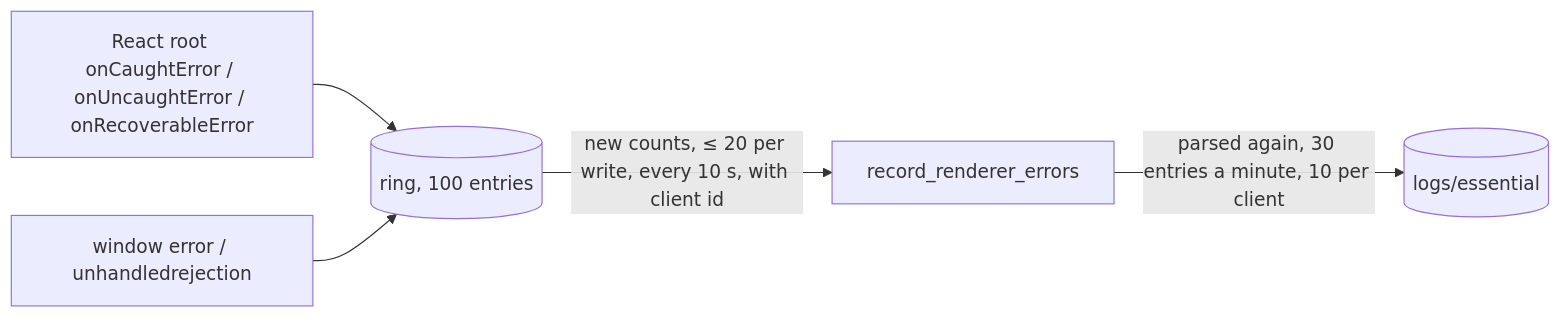
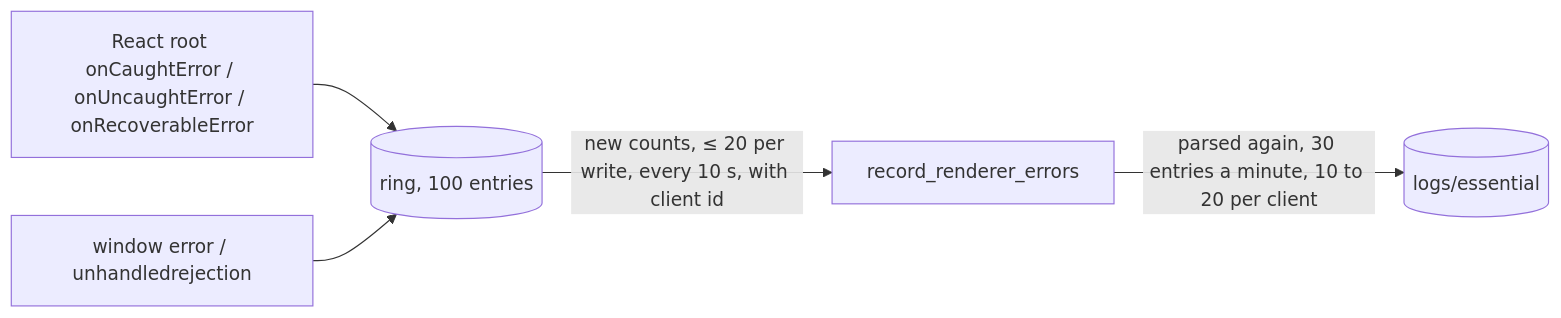
Before and after one commit to orkestrator-ai/orkestrator-v2: the second of 6 diagrams in docs/architecture/logging.md, drawn with Mermaid. The commit also changed other lines of this file and 7 other files, not shown here.

````diff
--- a/docs/architecture/logging.md
+++ b/docs/architecture/logging.md
@@ -672,7 +672,7 @@
 ```mermaid
 flowchart LR
   B["React root onCaughtError / onUncaughtError / onRecoverableError"] --> R[(ring, 100 entries)]
   W["window error / unhandledrejection"] --> R
   R -->|"new counts, ≤ 20 per write, every 10 s, with client id"| C["record_renderer_errors"]
-  C -->|"parsed again, 30 entries a minute, 10 per client"| E[(logs/essential)]
+  C -->|"parsed again, 30 entries a minute, 10 to 20 per client"| E[(logs/essential)]
 ```
````
